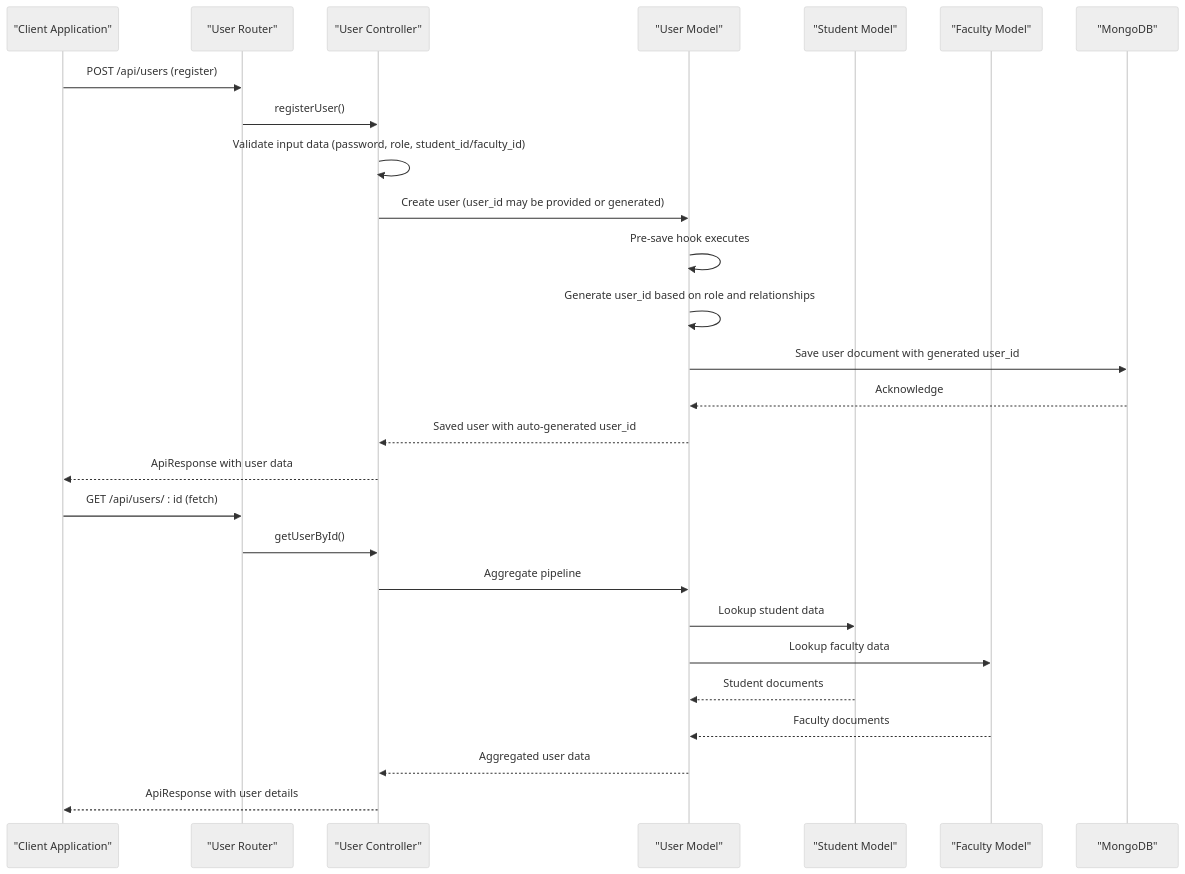
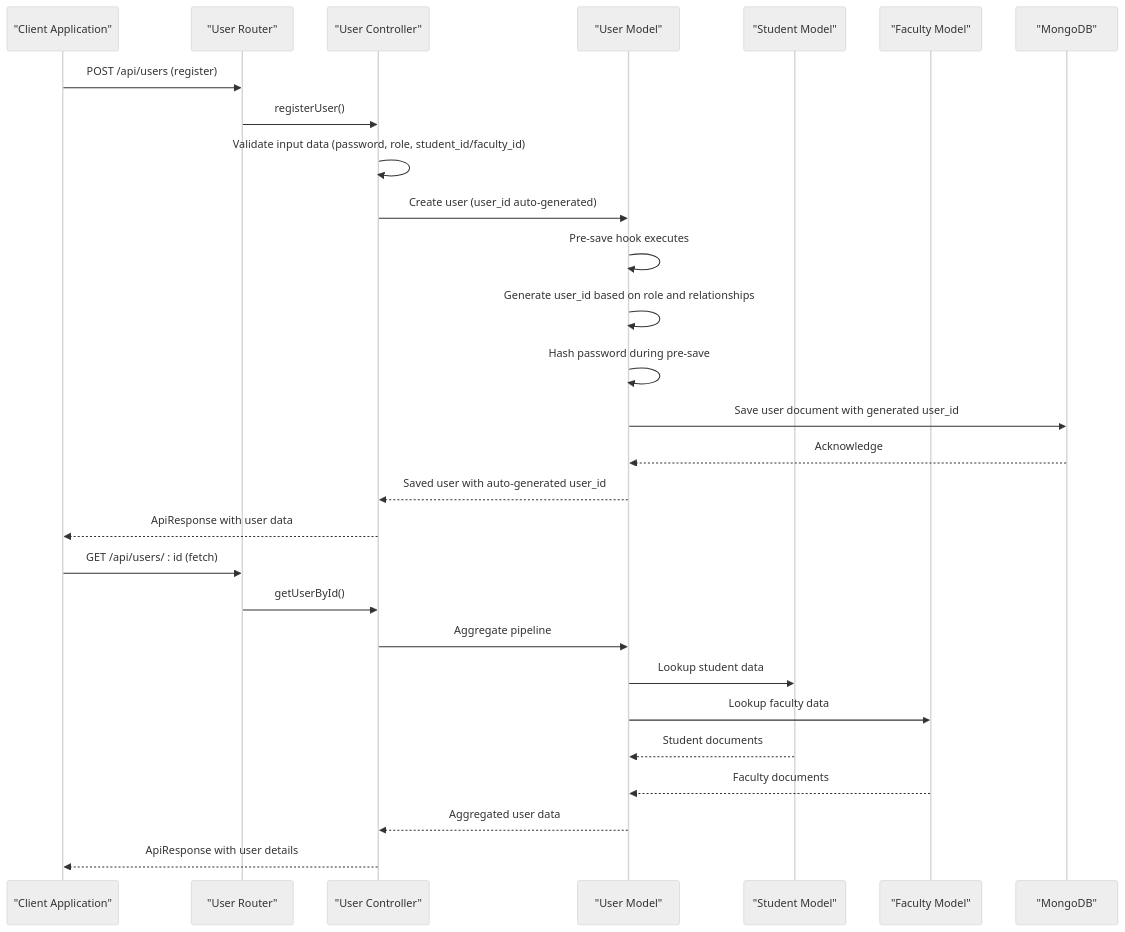
The third of 9 diagrams in .qoder/repowiki/en/content/Data Models & Database Schema/Core User Model.md (Aryan9060/Timetable-Project), drawn with Mermaid (neutral theme) before and after one commit. The commit also changed other lines of this file and 23 other files, not shown here.

````diff
--- a/.qoder/repowiki/en/content/Data Models & Database Schema/Core User Model.md
+++ b/.qoder/repowiki/en/content/Data Models & Database Schema/Core User Model.md
@@ -186,29 +187,30 @@
 ```mermaid
 sequenceDiagram
 participant Client as "Client Application"
 participant Router as "User Router"
 participant Controller as "User Controller"
 participant Model as "User Model"
 participant Student as "Student Model"
 participant Faculty as "Faculty Model"
 participant DB as "MongoDB"
 Client->>Router : POST /api/users (register)
 Router->>Controller : registerUser()
 Controller->>Controller : Validate input data (password, role, student_id/faculty_id)
-Controller->>Model : Create user (user_id may be provided or generated)
+Controller->>Model : Create user (user_id auto-generated)
 Model->>Model : Pre-save hook executes
 Model->>Model : Generate user_id based on role and relationships
+Model->>Model : Hash password during pre-save
 Model->>DB : Save user document with generated user_id
 DB-->>Model : Acknowledge
 Model-->>Controller : Saved user with auto-generated user_id
 Controller-->>Client : ApiResponse with user data
 Client->>Router : GET /api/users/ : id (fetch)
 Router->>Controller : getUserById()
 Controller->>Model : Aggregate pipeline
 Model->>Student : Lookup student data
 Model->>Faculty : Lookup faculty data
 Student-->>Model : Student documents
 Faculty-->>Model : Faculty documents
 Model-->>Controller : Aggregated user data
 Controller-->>Client : ApiResponse with user details
 ```
````
